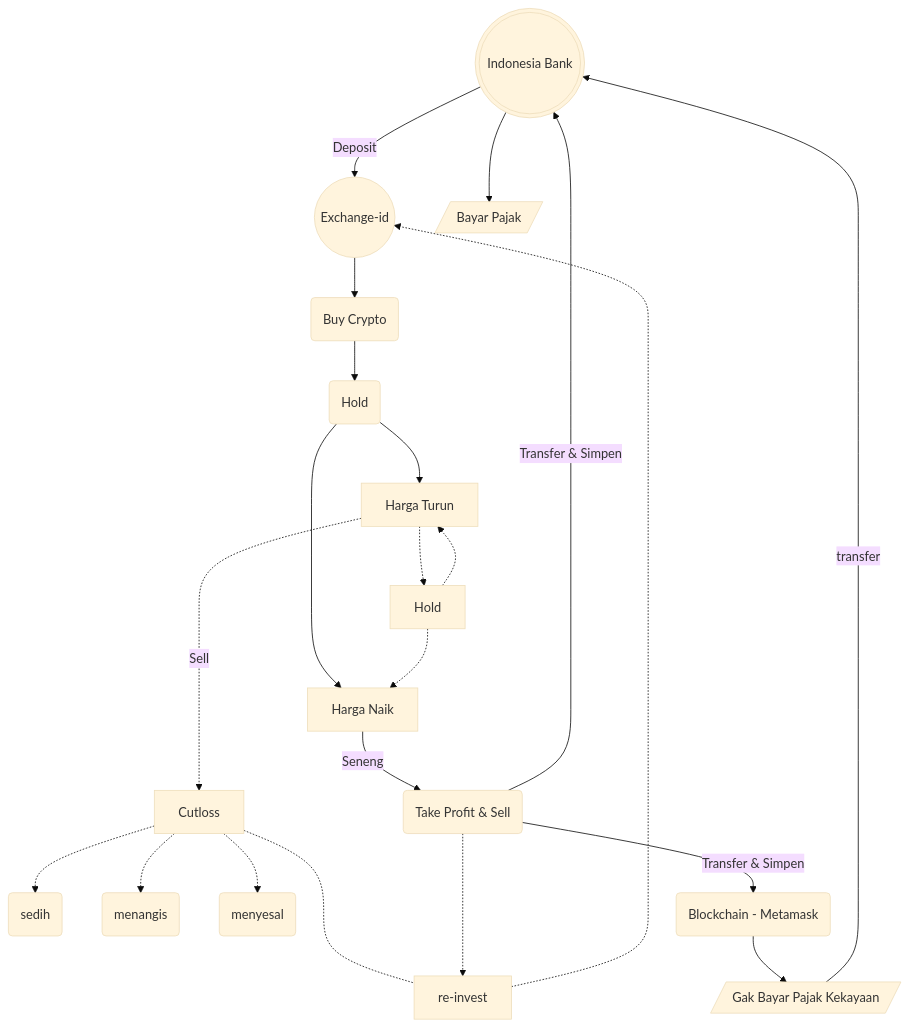
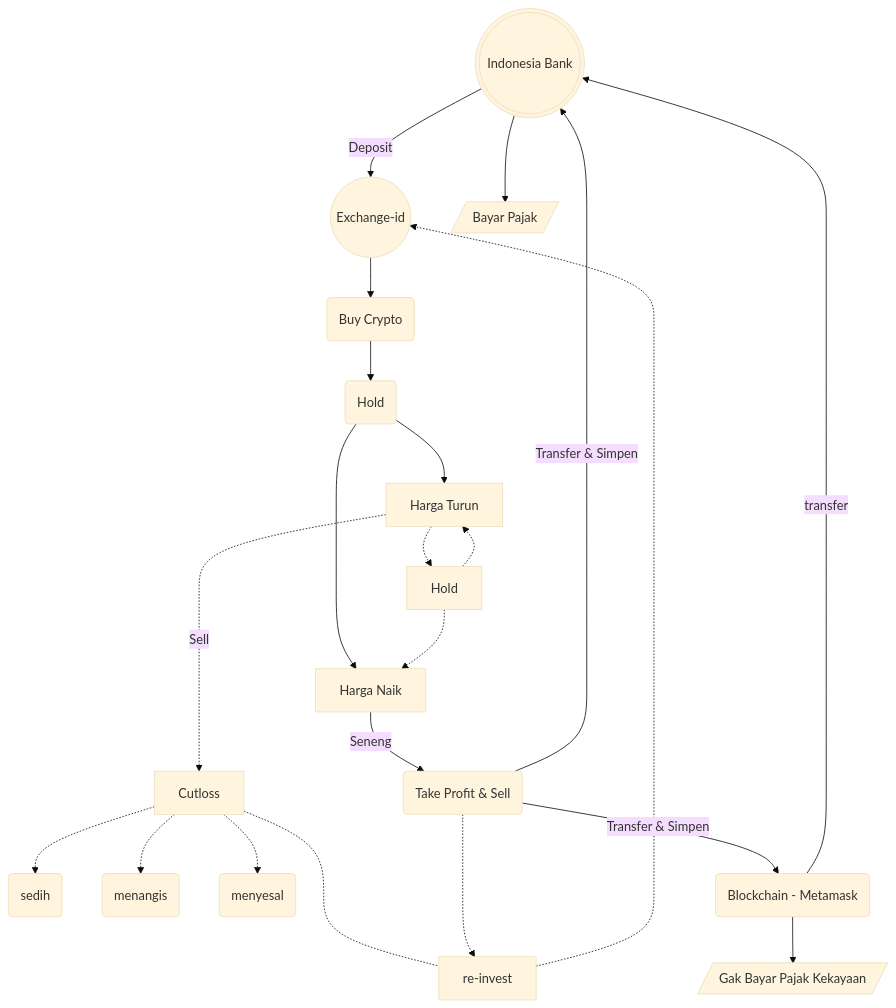
The diagram in content/posts/crypto-diagram.md (nescatfe/tea), drawn with Mermaid (base theme) before and after one commit.

Commit message:
Update Lining #4

````diff
--- a/content/posts/crypto-diagram.md
+++ b/content/posts/crypto-diagram.md
@@ -19,23 +19,23 @@
 ```mermaid
 flowchart TB
 
 A(((Indonesia Bank))) -->|Deposit| B((Exchange-id))
 B --> BC(Buy Crypto)
 BC --> C(Hold)
 C --> D[Harga Naik] -->|Seneng| H(Take Profit & Sell)
 C --> E[Harga Turun]
 E -.->|Sell| F[Cutloss]
 F -..- RI[re-invest] -.-> B
 H -..-> RI
 E -.-> G[Hold]
 G -.-> D
 G -.-> E
 H -->|Transfer & Simpen| A
 F -.-> I(sedih)
 F -.-> J(menangis)
 F -.-> K(menyesal)
 A --> PJ[/Bayar Pajak/]
 H -->|Transfer & Simpen| block(Blockchain - Metamask)
 block --> GP[/Gak Bayar Pajak Kekayaan/]
-GP -->|transfer| A
+block -->|transfer| A
 ```
````
